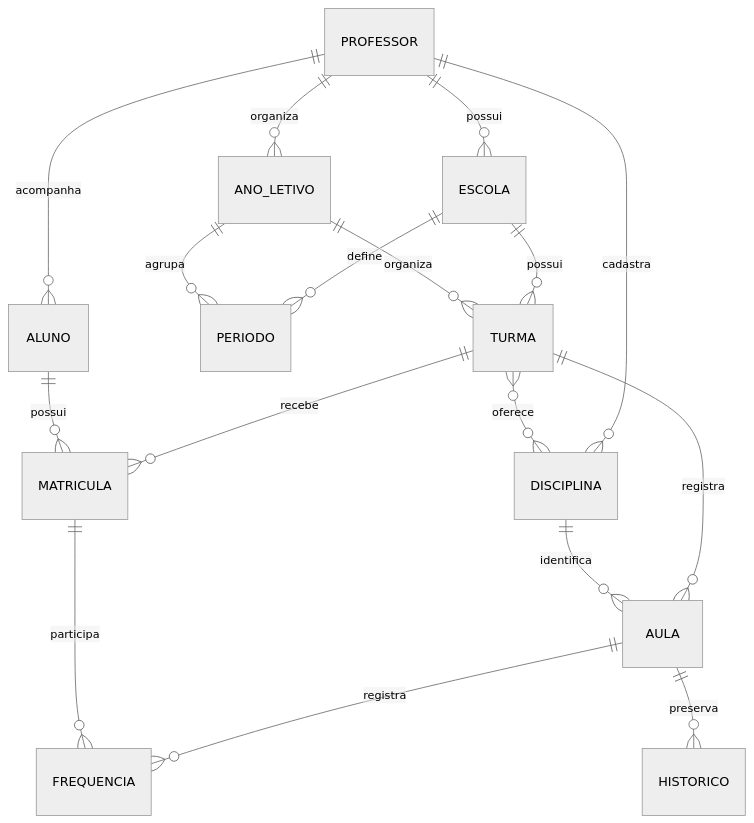
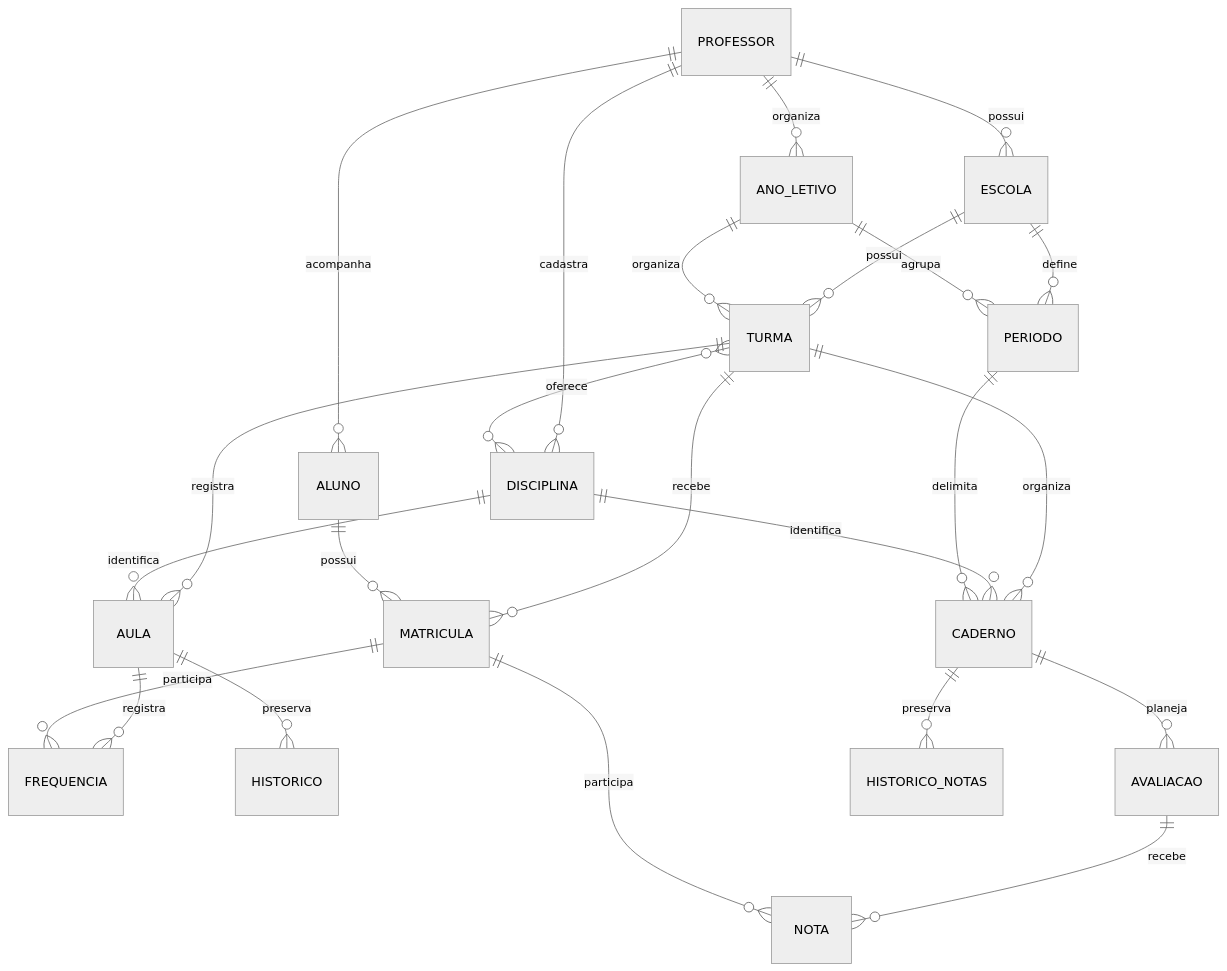
The diagram in docs/ARQUITETURA.md (fredhansenads/projeto2-diarioProfessor), drawn with Mermaid (neutral theme) before and after one commit. The commit also changed other lines of this file and 18 other files, not shown here.

````diff
--- a/docs/ARQUITETURA.md
+++ b/docs/ARQUITETURA.md
@@ -17,19 +17,26 @@
 ```mermaid
 erDiagram
     PROFESSOR ||--o{ ESCOLA : possui
     PROFESSOR ||--o{ ANO_LETIVO : organiza
     PROFESSOR ||--o{ DISCIPLINA : cadastra
     PROFESSOR ||--o{ ALUNO : acompanha
     ESCOLA ||--o{ PERIODO : define
     ANO_LETIVO ||--o{ PERIODO : agrupa
     ESCOLA ||--o{ TURMA : possui
     ANO_LETIVO ||--o{ TURMA : organiza
     TURMA }o--o{ DISCIPLINA : oferece
     TURMA ||--o{ MATRICULA : recebe
     ALUNO ||--o{ MATRICULA : possui
     TURMA ||--o{ AULA : registra
     DISCIPLINA ||--o{ AULA : identifica
     AULA ||--o{ FREQUENCIA : registra
     MATRICULA ||--o{ FREQUENCIA : participa
     AULA ||--o{ HISTORICO : preserva
+    TURMA ||--o{ CADERNO : organiza
+    DISCIPLINA ||--o{ CADERNO : identifica
+    PERIODO ||--o{ CADERNO : delimita
+    CADERNO ||--o{ AVALIACAO : planeja
+    AVALIACAO ||--o{ NOTA : recebe
+    MATRICULA ||--o{ NOTA : participa
+    CADERNO ||--o{ HISTORICO_NOTAS : preserva
 ```
````
